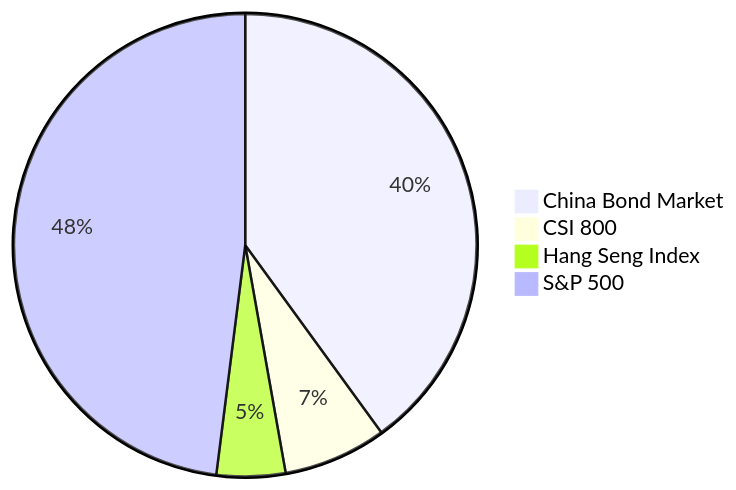
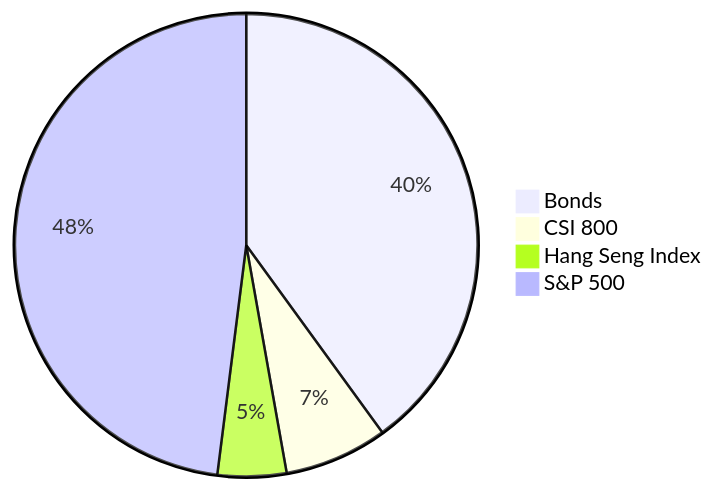
The third of 5 diagrams in chinese-couch-potato.md (low-earth-orbit/notes), drawn with Mermaid before and after one commit. The commit also changed other lines of this file and 2 other files, not shown here.

````diff
--- a/chinese-couch-potato.md
+++ b/chinese-couch-potato.md
@@ -145,7 +157,7 @@
 ```mermaid
 pie
-"China Bond Market" : 40
+"Bonds" : 40
 "CSI 800" : 7.2
 "Hang Seng Index" : 4.8
 "S&P 500" : 48
 ```
````
